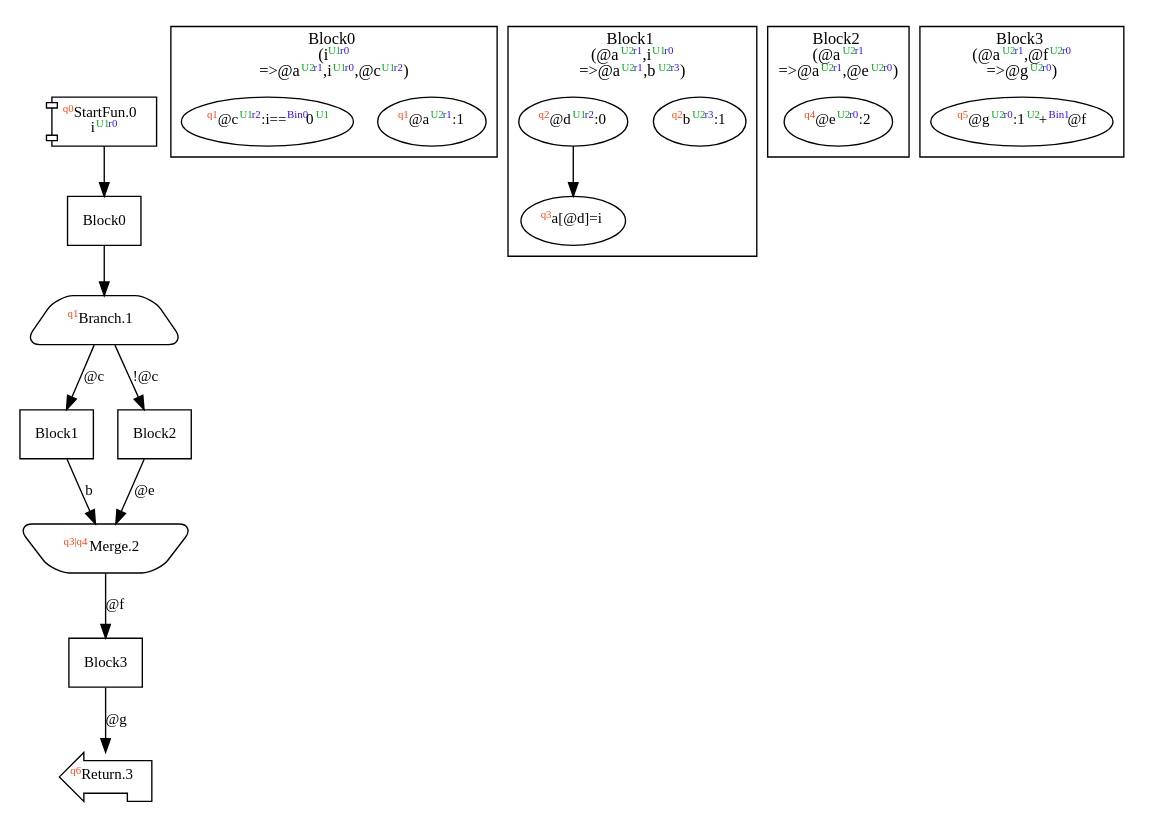
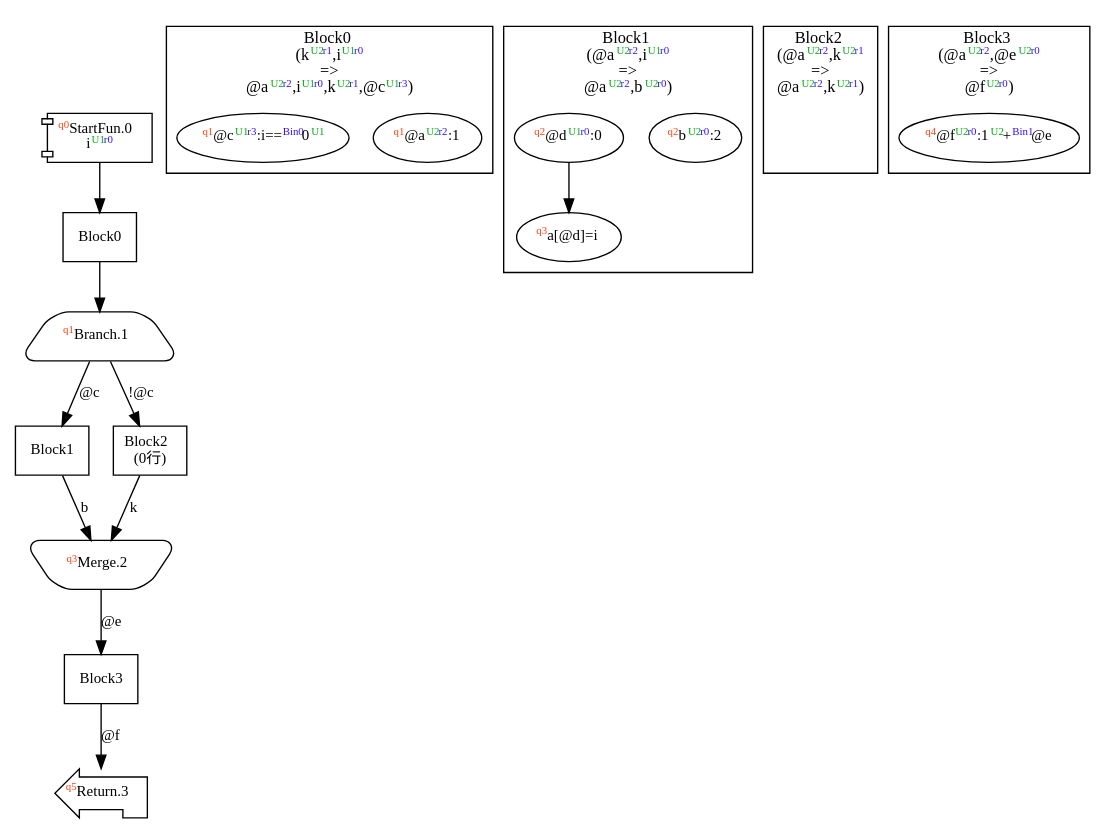
The diagram in dist/complexIf.dot (akouryy/SyntheScala), drawn with Graphviz before and after one commit. The commit also changed 23 other files, not shown here.

```diff
--- a/dist/complexIf.dot
+++ b/dist/complexIf.dot
@@ -1,48 +1,48 @@
 digraph Program_ {
   graph [fontname = "Monaco", fontsize = 12, ranksep = 0.5];
   node [shape = box, fontname = "Monaco", fontsize = 11; colorscheme = pastel19];
   edge [fontname = "Monaco", fontsize = 11; colorscheme = pastel19];
   Jump0[label = <<font color="#ff4411" point-size="8"><sup>q0</sup></font>StartFun.0<br/>i<font color="#00aa11" point-size="8"><sup>U1</sup></font><font color="#3311ff" point-size="8"><sup>r0</sup></font>>; shape = component];
   Jump0 -> Block0;
   Jump1[
     label = <<font color="#ff4411" point-size="8"><sup>q1</sup></font>Branch.1>;
     shape = trapezium; style = rounded;
   ];
   Block0 -> Jump1;
   Jump1 -> Block1 [label=<@c>];
   Jump1 -> Block2 [label=<!@c>];
-  Jump2[label = <<font color="#ff4411" point-size="8"><sup>q3|q4</sup></font>Merge.2>; shape = invtrapezium; style = rounded];
+  Jump2[label = <<font color="#ff4411" point-size="8"><sup>q3</sup></font>Merge.2>; shape = invtrapezium; style = rounded];
   Block1 -> Jump2 [label=<b>];
-  Block2 -> Jump2 [label=<@e>];
-  Jump2 -> Block3 [label=<@f>];
-  Jump3[label = <<font color="#ff4411" point-size="8"><sup>q6</sup></font>Return.3>; shape = lpromoter];
-  Block3 -> Jump3 [label=<@g>];
+  Block2 -> Jump2 [label=<k>];
+  Jump2 -> Block3 [label=<@e>];
+  Jump3[label = <<font color="#ff4411" point-size="8"><sup>q5</sup></font>Return.3>; shape = lpromoter];
+  Block3 -> Jump3 [label=<@f>];
   Block0 [label = "Block0"];
   Block1 [label = "Block1"];
-  Block2 [label = "Block2"];
+  Block2 [label = "Block2\l(0行)"];
   Block3 [label = "Block3"];
   subgraph cluster_dfg_Block0 {
     node [shape = oval];
-    label = <Block0<br/>(i<font color="#00aa11" point-size="8"><sup>U1</sup></font><font color="#3311ff" point-size="8"><sup>r0</sup></font><br/>=&gt;@a<font color="#00aa11" point-size="8"><sup>U2</sup></font><font color="#3311ff" point-size="8"><sup>r1</sup></font>,i<font color="#00aa11" point-size="8"><sup>U1</sup></font><font color="#3311ff" point-size="8"><sup>r0</sup></font>,@c<font color="#00aa11" point-size="8"><sup>U1</sup></font><font color="#3311ff" point-size="8"><sup>r2</sup></font>)>;
-    0 [label=<<font color="#ff4411" point-size="8"><sup>q1</sup></font>@a<font color="#00aa11" point-size="8"><sup>U2</sup></font><font color="#3311ff" point-size="8"><sup>r1</sup></font>:1>];
-    2 [label=<<font color="#ff4411" point-size="8"><sup>q1</sup></font>@c<font color="#00aa11" point-size="8"><sup>U1</sup></font><font color="#3311ff" point-size="8"><sup>r2</sup></font>:i==<font color="#3311ff" point-size="8"><sup>Bin0</sup></font>0<font color="#00aa11" point-size="8"><sup>U1</sup></font>>];
+    label = <Block0<br/>(k<font color="#00aa11" point-size="8"><sup>U2</sup></font><font color="#3311ff" point-size="8"><sup>r1</sup></font>,i<font color="#00aa11" point-size="8"><sup>U1</sup></font><font color="#3311ff" point-size="8"><sup>r0</sup></font><br/>=&gt;<br/>@a<font color="#00aa11" point-size="8"><sup>U2</sup></font><font color="#3311ff" point-size="8"><sup>r2</sup></font>,i<font color="#00aa11" point-size="8"><sup>U1</sup></font><font color="#3311ff" point-size="8"><sup>r0</sup></font>,k<font color="#00aa11" point-size="8"><sup>U2</sup></font><font color="#3311ff" point-size="8"><sup>r1</sup></font>,@c<font color="#00aa11" point-size="8"><sup>U1</sup></font><font color="#3311ff" point-size="8"><sup>r3</sup></font>)>;
+    0 [label=<<font color="#ff4411" point-size="8"><sup>q1</sup></font>@a<font color="#00aa11" point-size="8"><sup>U2</sup></font><font color="#3311ff" point-size="8"><sup>r2</sup></font>:1>];
+    2 [label=<<font color="#ff4411" point-size="8"><sup>q1</sup></font>@c<font color="#00aa11" point-size="8"><sup>U1</sup></font><font color="#3311ff" point-size="8"><sup>r3</sup></font>:i==<font color="#3311ff" point-size="8"><sup>Bin0</sup></font>0<font color="#00aa11" point-size="8"><sup>U1</sup></font>>];
   }
   subgraph cluster_dfg_Block1 {
     node [shape = oval];
-    label = <Block1<br/>(@a<font color="#00aa11" point-size="8"><sup>U2</sup></font><font color="#3311ff" point-size="8"><sup>r1</sup></font>,i<font color="#00aa11" point-size="8"><sup>U1</sup></font><font color="#3311ff" point-size="8"><sup>r0</sup></font><br/>=&gt;@a<font color="#00aa11" point-size="8"><sup>U2</sup></font><font color="#3311ff" point-size="8"><sup>r1</sup></font>,b<font color="#00aa11" point-size="8"><sup>U2</sup></font><font color="#3311ff" point-size="8"><sup>r3</sup></font>)>;
-    3 [label=<<font color="#ff4411" point-size="8"><sup>q2</sup></font>b<font color="#00aa11" point-size="8"><sup>U2</sup></font><font color="#3311ff" point-size="8"><sup>r3</sup></font>:1>];
-    4 [label=<<font color="#ff4411" point-size="8"><sup>q2</sup></font>@d<font color="#00aa11" point-size="8"><sup>U1</sup></font><font color="#3311ff" point-size="8"><sup>r2</sup></font>:0>];
+    label = <Block1<br/>(@a<font color="#00aa11" point-size="8"><sup>U2</sup></font><font color="#3311ff" point-size="8"><sup>r2</sup></font>,i<font color="#00aa11" point-size="8"><sup>U1</sup></font><font color="#3311ff" point-size="8"><sup>r0</sup></font><br/>=&gt;<br/>@a<font color="#00aa11" point-size="8"><sup>U2</sup></font><font color="#3311ff" point-size="8"><sup>r2</sup></font>,b<font color="#00aa11" point-size="8"><sup>U2</sup></font><font color="#3311ff" point-size="8"><sup>r0</sup></font>)>;
+    3 [label=<<font color="#ff4411" point-size="8"><sup>q2</sup></font>b<font color="#00aa11" point-size="8"><sup>U2</sup></font><font color="#3311ff" point-size="8"><sup>r0</sup></font>:2>];
+    4 [label=<<font color="#ff4411" point-size="8"><sup>q2</sup></font>@d<font color="#00aa11" point-size="8"><sup>U1</sup></font><font color="#3311ff" point-size="8"><sup>r0</sup></font>:0>];
     5 [label=<<font color="#ff4411" point-size="8"><sup>q3</sup></font>a[@d&#93;=i>];
     4 -> 5;
   }
   subgraph cluster_dfg_Block2 {
     node [shape = oval];
-    label = <Block2<br/>(@a<font color="#00aa11" point-size="8"><sup>U2</sup></font><font color="#3311ff" point-size="8"><sup>r1</sup></font><br/>=&gt;@a<font color="#00aa11" point-size="8"><sup>U2</sup></font><font color="#3311ff" point-size="8"><sup>r1</sup></font>,@e<font color="#00aa11" point-size="8"><sup>U2</sup></font><font color="#3311ff" point-size="8"><sup>r0</sup></font>)>;
-    6 [label=<<font color="#ff4411" point-size="8"><sup>q4</sup></font>@e<font color="#00aa11" point-size="8"><sup>U2</sup></font><font color="#3311ff" point-size="8"><sup>r0</sup></font>:2>];
+    label = <Block2<br/>(@a<font color="#00aa11" point-size="8"><sup>U2</sup></font><font color="#3311ff" point-size="8"><sup>r2</sup></font>,k<font color="#00aa11" point-size="8"><sup>U2</sup></font><font color="#3311ff" point-size="8"><sup>r1</sup></font><br/>=&gt;<br/>@a<font color="#00aa11" point-size="8"><sup>U2</sup></font><font color="#3311ff" point-size="8"><sup>r2</sup></font>,k<font color="#00aa11" point-size="8"><sup>U2</sup></font><font color="#3311ff" point-size="8"><sup>r1</sup></font>)>;
+    dummy [style=invis];
   }
   subgraph cluster_dfg_Block3 {
     node [shape = oval];
-    label = <Block3<br/>(@a<font color="#00aa11" point-size="8"><sup>U2</sup></font><font color="#3311ff" point-size="8"><sup>r1</sup></font>,@f<font color="#00aa11" point-size="8"><sup>U2</sup></font><font color="#3311ff" point-size="8"><sup>r0</sup></font><br/>=&gt;@g<font color="#00aa11" point-size="8"><sup>U2</sup></font><font color="#3311ff" point-size="8"><sup>r0</sup></font>)>;
-    7 [label=<<font color="#ff4411" point-size="8"><sup>q5</sup></font>@g<font color="#00aa11" point-size="8"><sup>U2</sup></font><font color="#3311ff" point-size="8"><sup>r0</sup></font>:1<font color="#00aa11" point-size="8"><sup>U2</sup></font>+<font color="#3311ff" point-size="8"><sup>Bin1</sup></font>@f>];
+    label = <Block3<br/>(@a<font color="#00aa11" point-size="8"><sup>U2</sup></font><font color="#3311ff" point-size="8"><sup>r2</sup></font>,@e<font color="#00aa11" point-size="8"><sup>U2</sup></font><font color="#3311ff" point-size="8"><sup>r0</sup></font><br/>=&gt;<br/>@f<font color="#00aa11" point-size="8"><sup>U2</sup></font><font color="#3311ff" point-size="8"><sup>r0</sup></font>)>;
+    6 [label=<<font color="#ff4411" point-size="8"><sup>q4</sup></font>@f<font color="#00aa11" point-size="8"><sup>U2</sup></font><font color="#3311ff" point-size="8"><sup>r0</sup></font>:1<font color="#00aa11" point-size="8"><sup>U2</sup></font>+<font color="#3311ff" point-size="8"><sup>Bin1</sup></font>@e>];
   }
 }
```
